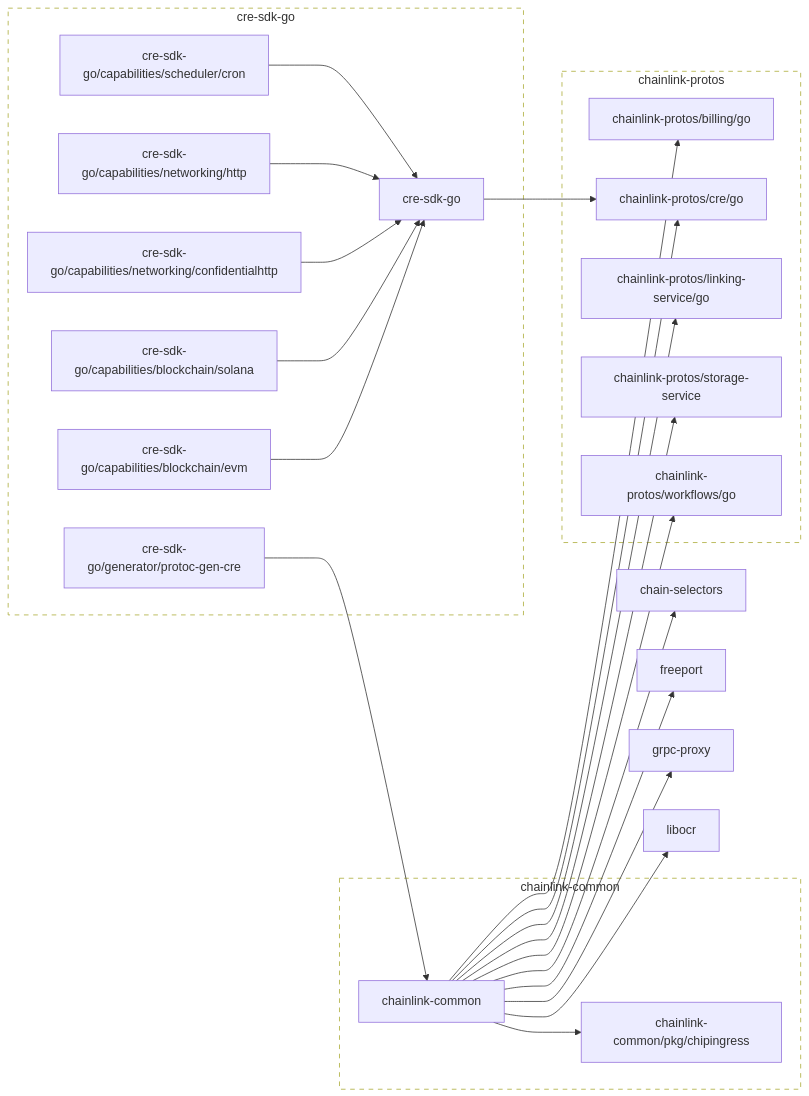
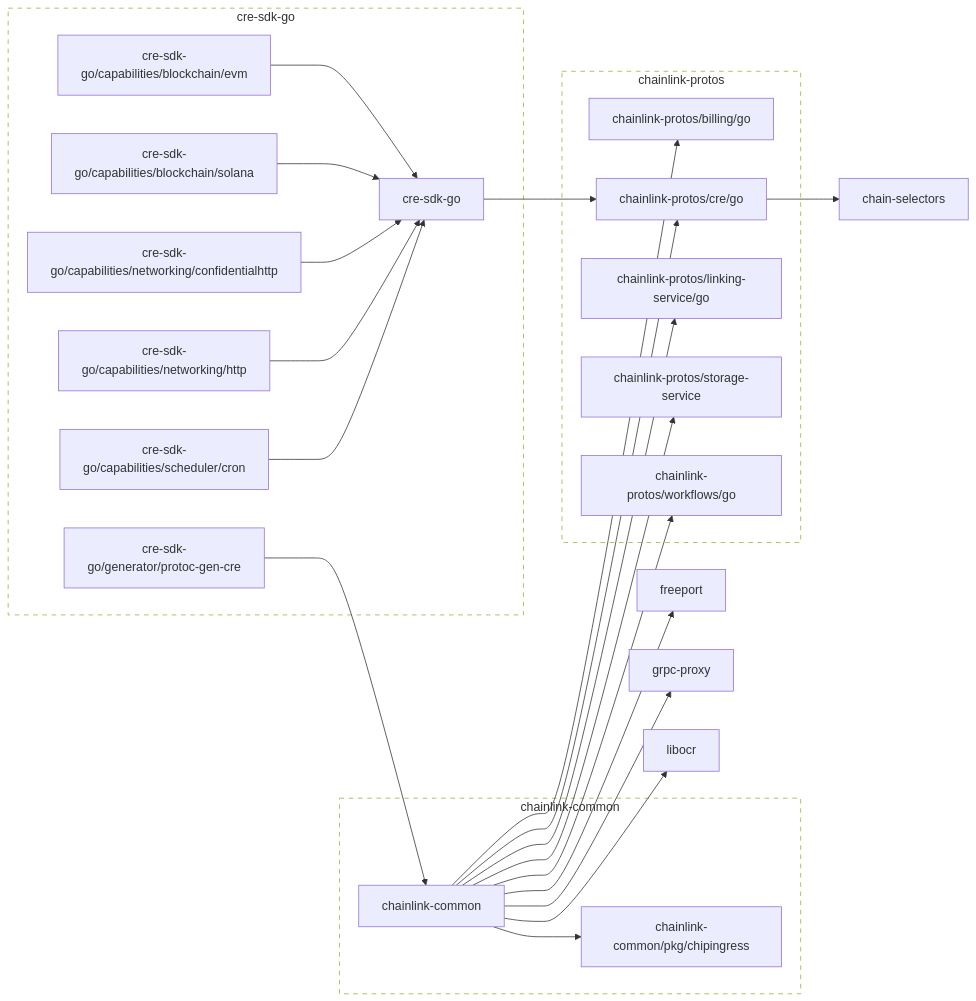
One commit to smartcontractkit/cre-sdk-go changed the diagram in go.md. Above: the diagram before and after it, drawn with Mermaid. The commit also changed 5 other files, not shown here.

````diff
--- a/go.md
+++ b/go.md
@@ -2,78 +2,77 @@
 ```mermaid
 flowchart LR
 
 	chain-selectors
 	click chain-selectors href "https://github.com/smartcontractkit/chain-selectors"
-	chainlink-common --> chain-selectors
 	chainlink-common --> chainlink-common/pkg/chipingress
 	chainlink-common --> chainlink-protos/billing/go
 	chainlink-common --> chainlink-protos/cre/go
 	chainlink-common --> chainlink-protos/linking-service/go
 	chainlink-common --> chainlink-protos/storage-service
 	chainlink-common --> chainlink-protos/workflows/go
 	chainlink-common --> freeport
 	chainlink-common --> grpc-proxy
 	chainlink-common --> libocr
 	click chainlink-common href "https://github.com/smartcontractkit/chainlink-common"
 	chainlink-common/pkg/chipingress
 	click chainlink-common/pkg/chipingress href "https://github.com/smartcontractkit/chainlink-common"
 	chainlink-protos/billing/go
 	click chainlink-protos/billing/go href "https://github.com/smartcontractkit/chainlink-protos"
-	chainlink-protos/cre/go
+	chainlink-protos/cre/go --> chain-selectors
 	click chainlink-protos/cre/go href "https://github.com/smartcontractkit/chainlink-protos"
 	chainlink-protos/linking-service/go
 	click chainlink-protos/linking-service/go href "https://github.com/smartcontractkit/chainlink-protos"
 	chainlink-protos/storage-service
 	click chainlink-protos/storage-service href "https://github.com/smartcontractkit/chainlink-protos"
 	chainlink-protos/workflows/go
 	click chainlink-protos/workflows/go href "https://github.com/smartcontractkit/chainlink-protos"
 	cre-sdk-go --> chainlink-protos/cre/go
 	click cre-sdk-go href "https://github.com/smartcontractkit/cre-sdk-go"
 	cre-sdk-go/capabilities/blockchain/evm --> cre-sdk-go
 	click cre-sdk-go/capabilities/blockchain/evm href "https://github.com/smartcontractkit/cre-sdk-go"
 	cre-sdk-go/capabilities/blockchain/solana --> cre-sdk-go
 	click cre-sdk-go/capabilities/blockchain/solana href "https://github.com/smartcontractkit/cre-sdk-go"
 	cre-sdk-go/capabilities/networking/confidentialhttp --> cre-sdk-go
 	click cre-sdk-go/capabilities/networking/confidentialhttp href "https://github.com/smartcontractkit/cre-sdk-go"
 	cre-sdk-go/capabilities/networking/http --> cre-sdk-go
 	click cre-sdk-go/capabilities/networking/http href "https://github.com/smartcontractkit/cre-sdk-go"
 	cre-sdk-go/capabilities/scheduler/cron --> cre-sdk-go
 	click cre-sdk-go/capabilities/scheduler/cron href "https://github.com/smartcontractkit/cre-sdk-go"
 	cre-sdk-go/generator/protoc-gen-cre --> chainlink-common
 	click cre-sdk-go/generator/protoc-gen-cre href "https://github.com/smartcontractkit/cre-sdk-go"
 	freeport
 	click freeport href "https://github.com/smartcontractkit/freeport"
 	grpc-proxy
 	click grpc-proxy href "https://github.com/smartcontractkit/grpc-proxy"
 	libocr
 	click libocr href "https://github.com/smartcontractkit/libocr"
 
 	subgraph chainlink-common-repo[chainlink-common]
 		 chainlink-common
 		 chainlink-common/pkg/chipingress
 	end
 	click chainlink-common-repo href "https://github.com/smartcontractkit/chainlink-common"
 
 	subgraph chainlink-protos-repo[chainlink-protos]
 		 chainlink-protos/billing/go
 		 chainlink-protos/cre/go
 		 chainlink-protos/linking-service/go
 		 chainlink-protos/storage-service
 		 chainlink-protos/workflows/go
 	end
 	click chainlink-protos-repo href "https://github.com/smartcontractkit/chainlink-protos"
 
 	subgraph cre-sdk-go-repo[cre-sdk-go]
 		 cre-sdk-go
 		 cre-sdk-go/capabilities/blockchain/evm
 		 cre-sdk-go/capabilities/blockchain/solana
 		 cre-sdk-go/capabilities/networking/confidentialhttp
 		 cre-sdk-go/capabilities/networking/http
 		 cre-sdk-go/capabilities/scheduler/cron
 		 cre-sdk-go/generator/protoc-gen-cre
 	end
 	click cre-sdk-go-repo href "https://github.com/smartcontractkit/cre-sdk-go"
 
 	classDef outline stroke-dasharray:6,fill:none;
 	class chainlink-common-repo,chainlink-protos-repo,cre-sdk-go-repo outline
 ```
````
